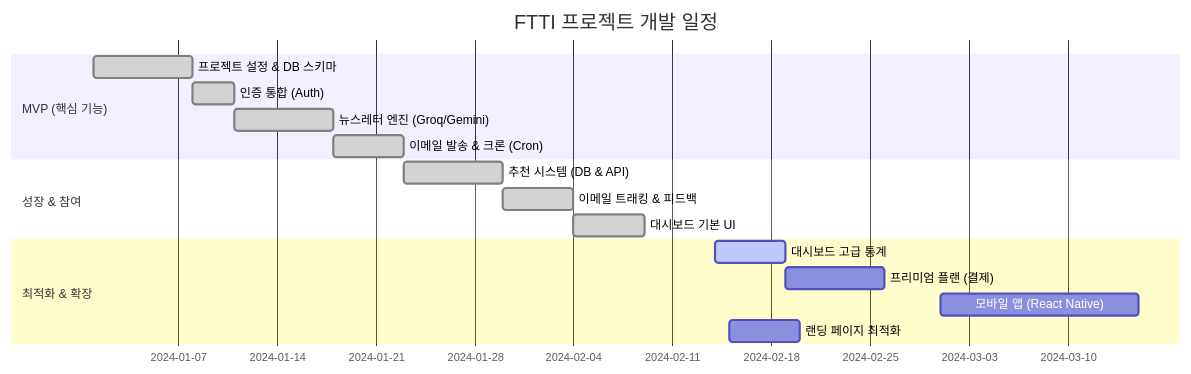
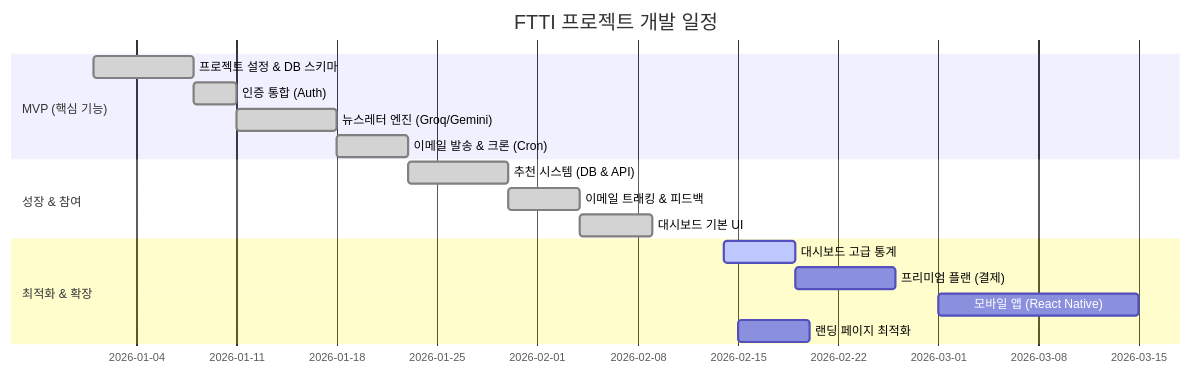
One commit to dpdtydz/ftti changed the diagram in README.md. Above: the diagram before and after it, drawn with Mermaid. The commit also changed 6 other files, not shown here.

Commit message:
feat: 초대 API, 대시보드 UI 및 사용자 프로필 Supabase 마이그레이션을 포함한 추천 시스템을 추가합니다.

````diff
--- a/README.md
+++ b/README.md
@@ -226,21 +226,21 @@
 ```mermaid
 gantt
     title FTTI 프로젝트 개발 일정
     dateFormat  YYYY-MM-DD
     section MVP (핵심 기능)
-    프로젝트 설정 & DB 스키마       :done,    task1, 2024-01-01, 7d
-    인증 통합 (Auth)               :done,    task2, 2024-01-08, 3d
-    뉴스레터 엔진 (Groq/Gemini)    :done,    task3, 2024-01-11, 7d
-    이메일 발송 & 크론 (Cron)      :done,    task4, 2024-01-18, 5d
+    프로젝트 설정 & DB 스키마       :done,    task1, 2026-01-01, 7d
+    인증 통합 (Auth)               :done,    task2, 2026-01-08, 3d
+    뉴스레터 엔진 (Groq/Gemini)    :done,    task3, 2026-01-11, 7d
+    이메일 발송 & 크론 (Cron)      :done,    task4, 2026-01-18, 5d
     
     section 성장 & 참여
-    추천 시스템 (DB & API)         :done,    task5, 2024-01-23, 7d
-    이메일 트래킹 & 피드백         :done,    task6, 2024-01-30, 5d
-    대시보드 기본 UI               :done,    task7, 2024-02-04, 5d
+    추천 시스템 (DB & API)         :done,    task5, 2026-01-23, 7d
+    이메일 트래킹 & 피드백         :done,    task6, 2026-01-30, 5d
+    대시보드 기본 UI               :done,    task7, 2026-02-04, 5d
     
     section 최적화 & 확장
-    대시보드 고급 통계             :active,  task8, 2024-02-14, 5d
+    대시보드 고급 통계             :active,  task8, 2026-02-14, 5d
     프리미엄 플랜 (결제)           :         task9, after task8, 7d
-    모바일 앱 (React Native)       :         task10, 2024-03-01, 14d
-    랜딩 페이지 최적화             :         task11, 2024-02-15, 5d
+    모바일 앱 (React Native)       :         task10, 2026-03-01, 14d
+    랜딩 페이지 최적화             :         task11, 2026-02-15, 5d
 ```
````
